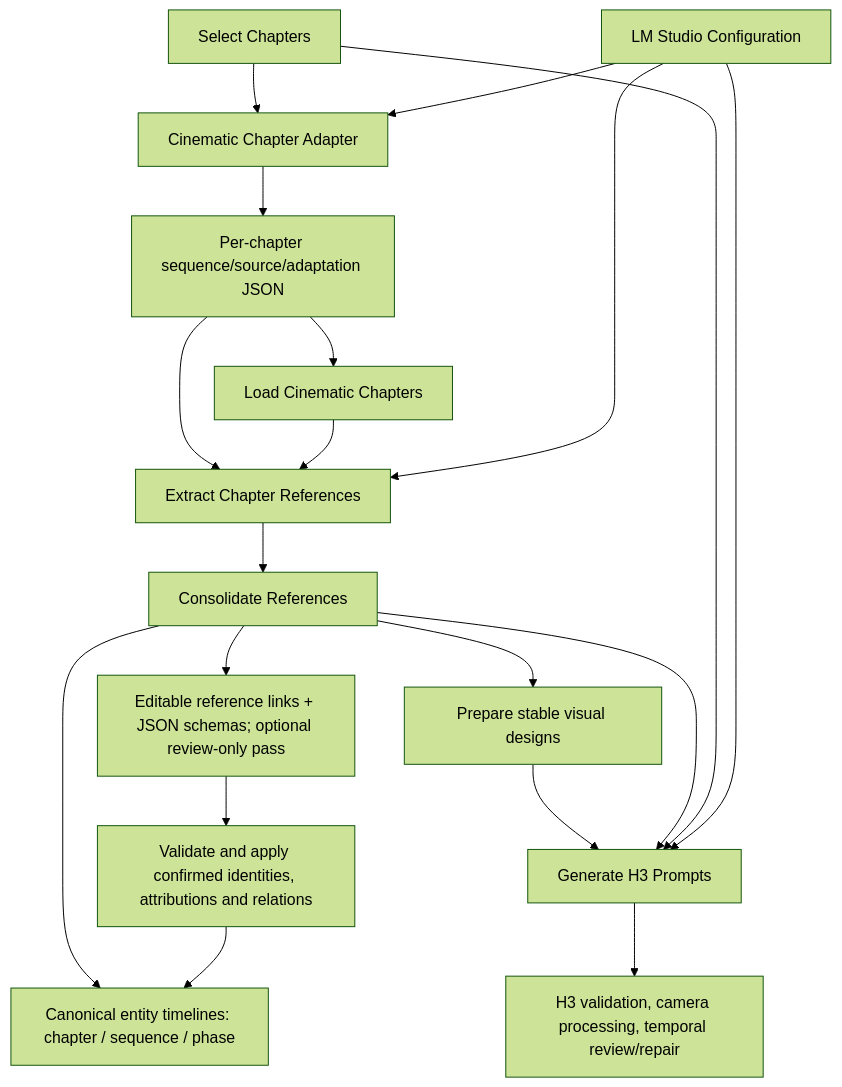
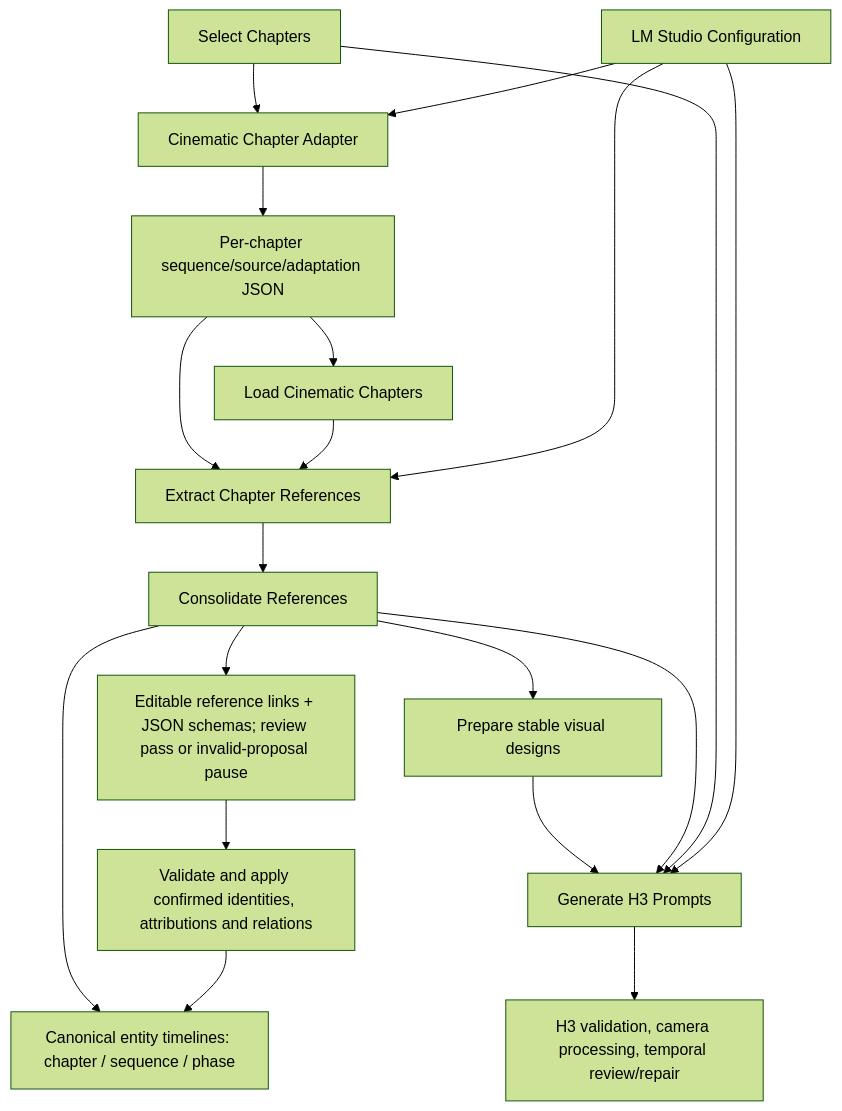
The first of 2 diagrams in docs/architecture.md (yuyuki/ComfyUI-Minimax_H3_Novel_Pipeline), drawn with Mermaid (forest theme) before and after one commit. The commit also changed other lines of this file and 7 other files, not shown here.

````diff
--- a/docs/architecture.md
+++ b/docs/architecture.md
@@ -9,21 +9,21 @@
 ```mermaid
 flowchart TD
     selector["Select Chapters"] --> adapter["Cinematic Chapter Adapter"]
     config --> adapter
     adapter --> adapted["Per-chapter sequence/source/adaptation JSON"]
     adapted --> extract
     adapted --> loader["Load Cinematic Chapters"]
     loader --> extract
     config["LM Studio Configuration"] --> extract["Extract Chapter References"]
     extract --> consolidate["Consolidate References"]
     consolidate --> timeline["Canonical entity timelines: chapter / sequence / phase"]
-    consolidate --> links["Editable reference links + JSON schemas; optional review-only pass"]
+    consolidate --> links["Editable reference links + JSON schemas; review pass or invalid-proposal pause"]
     links --> decisions["Validate and apply confirmed identities, attributions and relations"]
     decisions --> timeline
     consolidate --> designs["Prepare stable visual designs"]
     designs --> generate["Generate H3 Prompts"]
     consolidate --> generate
     selector --> generate
     config --> generate
     generate --> review["H3 validation, camera processing, temporal review/repair"]
 ```
````
